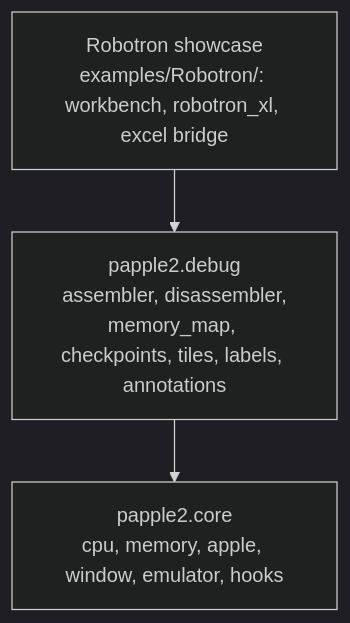
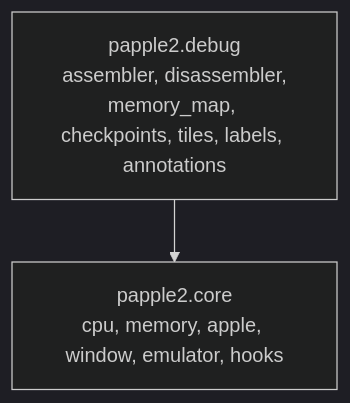
Before and after one commit to fschuhi/papple2: the first of 2 diagrams in README.md, drawn with Mermaid (dark theme). The commit also changed other lines of this file and 4 other files, not shown here.

````diff
--- a/README.md
+++ b/README.md
@@ -28,9 +27,7 @@
 ```mermaid
 graph TD
-    SHOW["Robotron showcase<br/>examples/Robotron/: workbench, robotron_xl, excel bridge"]
     DEBUG["papple2.debug<br/>assembler, disassembler,<br/>memory_map, checkpoints, tiles, labels, annotations"]
     CORE["papple2.core<br/>cpu, memory, apple, window, emulator, hooks"]
 
-    SHOW --> DEBUG
     DEBUG --> CORE
 ```
````
